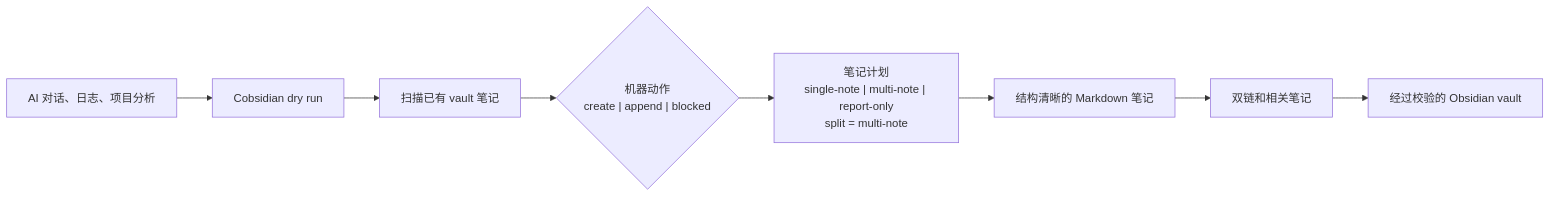
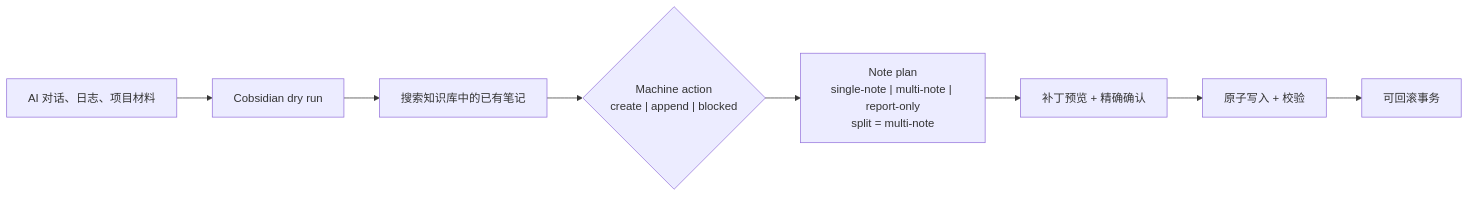
One commit to Totoro-qaq/Cobsidian changed the first of 2 diagrams in docs/README.zh-CN.md. Above: the diagram before and after it, drawn with Mermaid. The commit also changed other lines of this file and 3 other files, not shown here.

````diff
--- a/docs/README.zh-CN.md
+++ b/docs/README.zh-CN.md
@@ -50,10 +62,10 @@
 ```mermaid
 flowchart LR
-    A["AI 对话、日志、项目分析"] --> B["Cobsidian dry run"]
-    B --> C["扫描已有 vault 笔记"]
-    C --> D{"机器动作<br/>create | append | blocked"}
-    D --> E["笔记计划<br/>single-note | multi-note | report-only<br/>split = multi-note"]
-    E --> F["结构清晰的 Markdown 笔记"]
-    F --> G["双链和相关笔记"]
-    G --> H["经过校验的 Obsidian vault"]
+    A["AI 对话、日志、项目材料"] --> B["Cobsidian dry run"]
+    B --> C["搜索知识库中的已有笔记"]
+    C --> D{"Machine action<br/>create | append | blocked"}
+    D --> E["Note plan<br/>single-note | multi-note | report-only<br/>split = multi-note"]
+    E --> F["补丁预览 + 精确确认"]
+    F --> G["原子写入 + 校验"]
+    G --> H["可回滚事务"]
 ```
````
